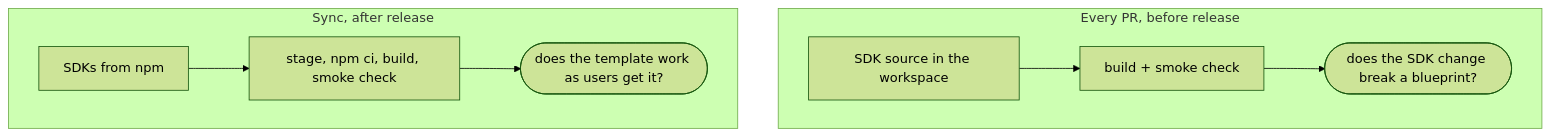
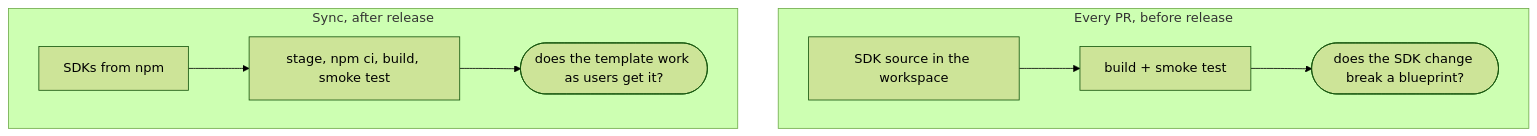
The second of 3 diagrams in adr/0022-sync-blueprints-from-the-monorepo.md (storyblok/monoblok), drawn with Mermaid (forest theme) before and after one commit. The commit also changed other lines of this file and 11 other files, not shown here.

First line of the commit message:
chore(repo): name the blueprint smoke test consistently

````diff
--- a/adr/0022-sync-blueprints-from-the-monorepo.md
+++ b/adr/0022-sync-blueprints-from-the-monorepo.md
@@ -75,11 +75,11 @@
 ```mermaid
 flowchart TB
   subgraph PR["Every PR, before release"]
-    W["SDK source in the workspace"] --> B1["build + smoke check"]
+    W["SDK source in the workspace"] --> B1["build + smoke test"]
     B1 --> Q1(["does the SDK change break a blueprint?"])
   end
   subgraph SYNC["Sync, after release"]
-    N["SDKs from npm"] --> V1["stage, npm ci, build, smoke check"]
+    N["SDKs from npm"] --> V1["stage, npm ci, build, smoke test"]
     V1 --> Q2(["does the template work as users get it?"])
   end
 ```
````
